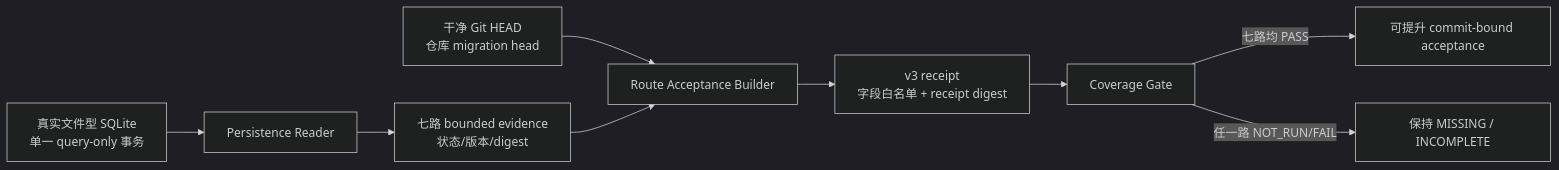
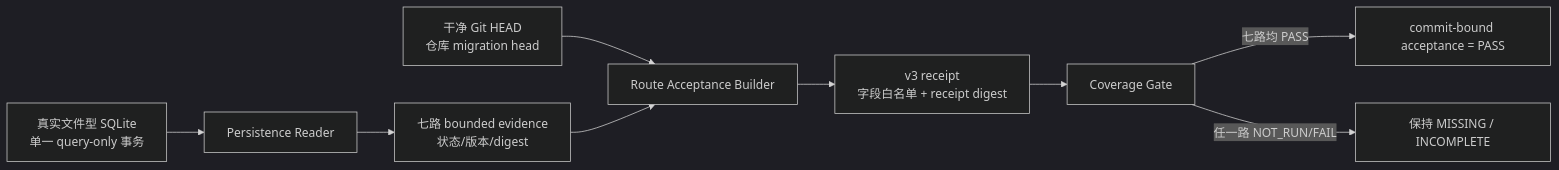
Before and after one commit to SakuraYoruno/Natsume_Ai: the first of 37 diagrams in docs/50_project/arch/DATA_FLOW_ARCHITECTURE.md, drawn with Mermaid (dark theme). The commit also changed other lines of this file and 16 other files, not shown here.

````diff
--- a/docs/50_project/arch/DATA_FLOW_ARCHITECTURE.md
+++ b/docs/50_project/arch/DATA_FLOW_ARCHITECTURE.md
@@ -18,11 +18,11 @@
 ```mermaid
 flowchart LR
     G["干净 Git HEAD\n仓库 migration head"] --> B["Route Acceptance Builder"]
     D["真实文件型 SQLite\n单一 query-only 事务"] --> R["Persistence Reader"]
     R --> E["七路 bounded evidence\n状态/版本/digest"]
     E --> B
     B --> V["v3 receipt\n字段白名单 + receipt digest"]
     V --> C["Coverage Gate"]
-    C -->|"七路均 PASS"| P["可提升 commit-bound acceptance"]
+    C -->|"七路均 PASS"| P["commit-bound acceptance = PASS"]
     C -->|"任一路 NOT_RUN/FAIL"| M["保持 MISSING / INCOMPLETE"]
 ```
````
